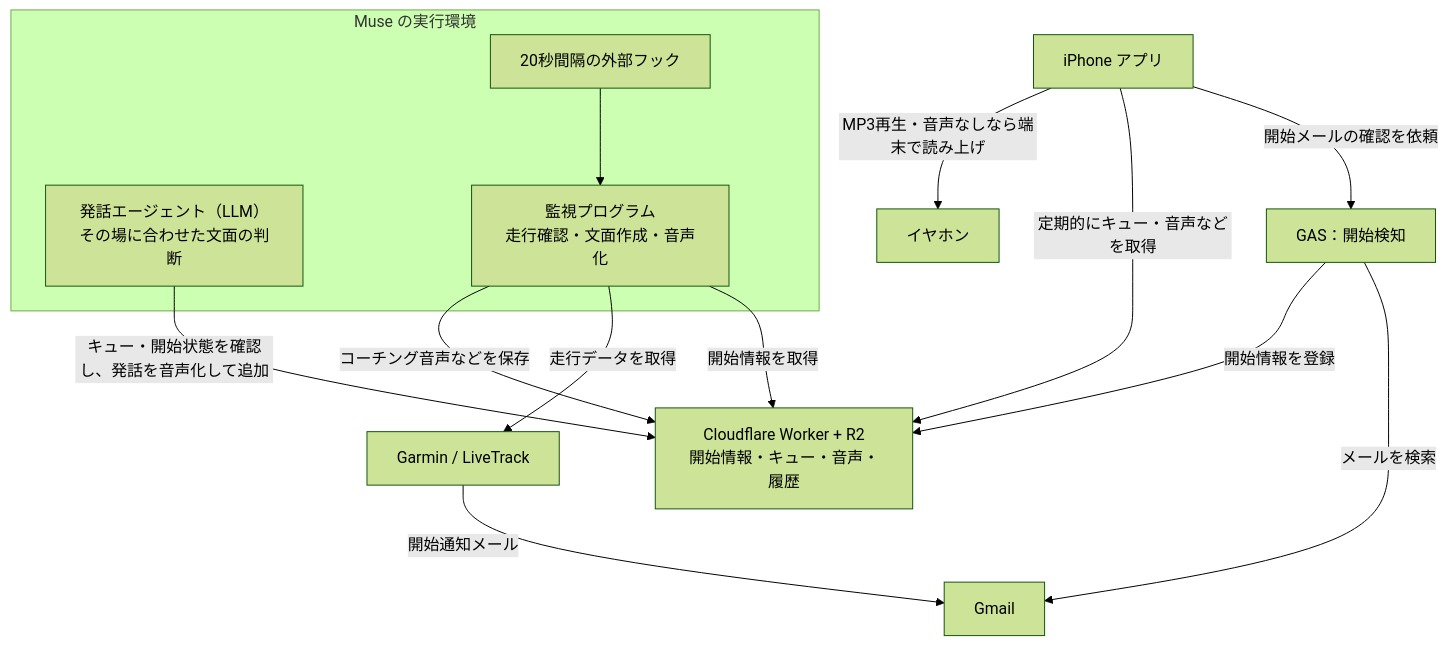
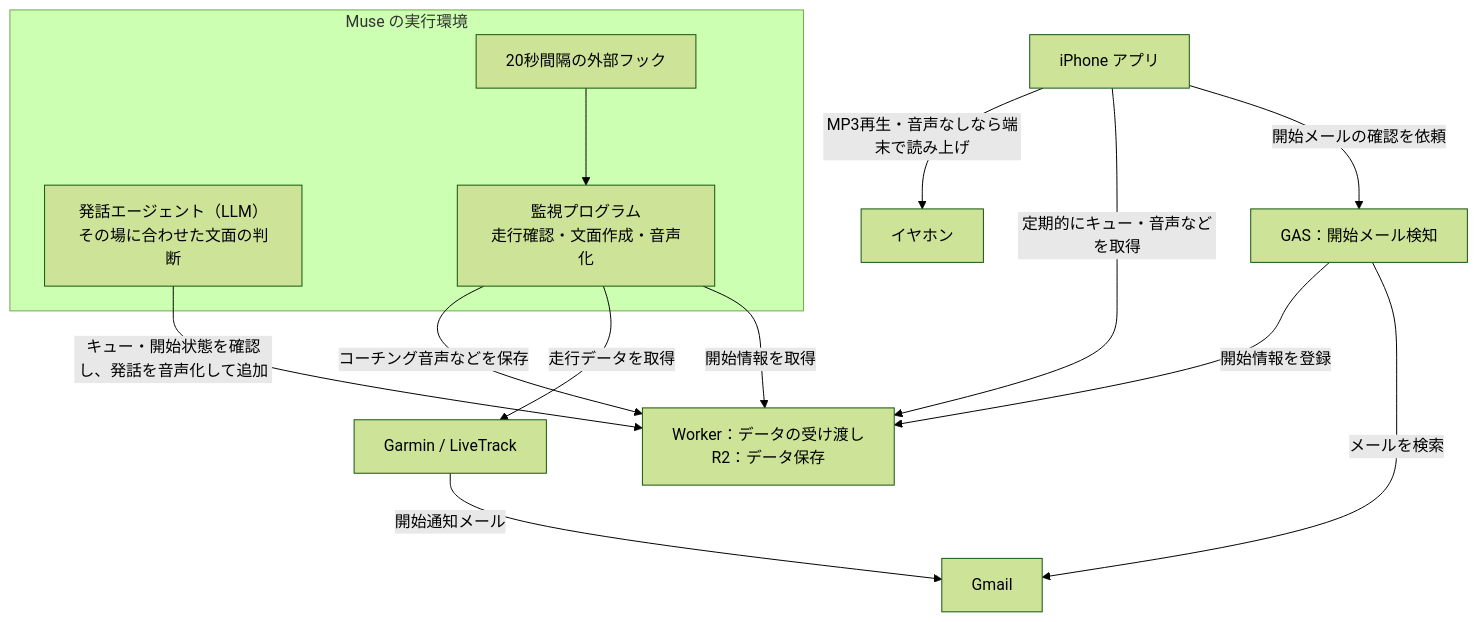
One commit to comeonyama/voice-coach-for-muse changed the diagram in README.md. Above: the diagram before and after it, drawn with Mermaid (forest theme). The commit also changed other lines of this file and 9 other files, not shown here.

````diff
--- a/README.md
+++ b/README.md
@@ -26,17 +26,17 @@
 ```mermaid
 flowchart TB
   Garmin["Garmin / LiveTrack"] -->|開始通知メール| Gmail["Gmail"]
-  Phone["iPhone アプリ"] -->|開始メールの確認を依頼| GAS["GAS：開始検知"]
+  Phone["iPhone アプリ"] -->|開始メールの確認を依頼| GAS["GAS：開始メール検知"]
   GAS -->|メールを検索| Gmail
-  GAS -->|開始情報を登録| Cloud["Cloudflare Worker + R2<br/>開始情報・キュー・音声・履歴"]
+  GAS -->|開始情報を登録| Cloud["Worker：データの受け渡し<br/>R2：データ保存"]
   subgraph MuseEnv["Muse の実行環境"]
     Agent["発話エージェント（LLM）<br/>その場に合わせた文面の判断"]
     Hook["20秒間隔の外部フック"] --> Coach["監視プログラム<br/>走行確認・文面作成・音声化"]
   end
   Agent -->|キュー・開始状態を確認し、発話を音声化して追加| Cloud
   Coach -->|開始情報を取得| Cloud
   Coach -->|走行データを取得| Garmin
   Coach -->|コーチング音声などを保存| Cloud
   Phone -->|定期的にキュー・音声などを取得| Cloud
   Phone -->|MP3再生・音声なしなら端末で読み上げ| Earphones["イヤホン"]
 ```
````
